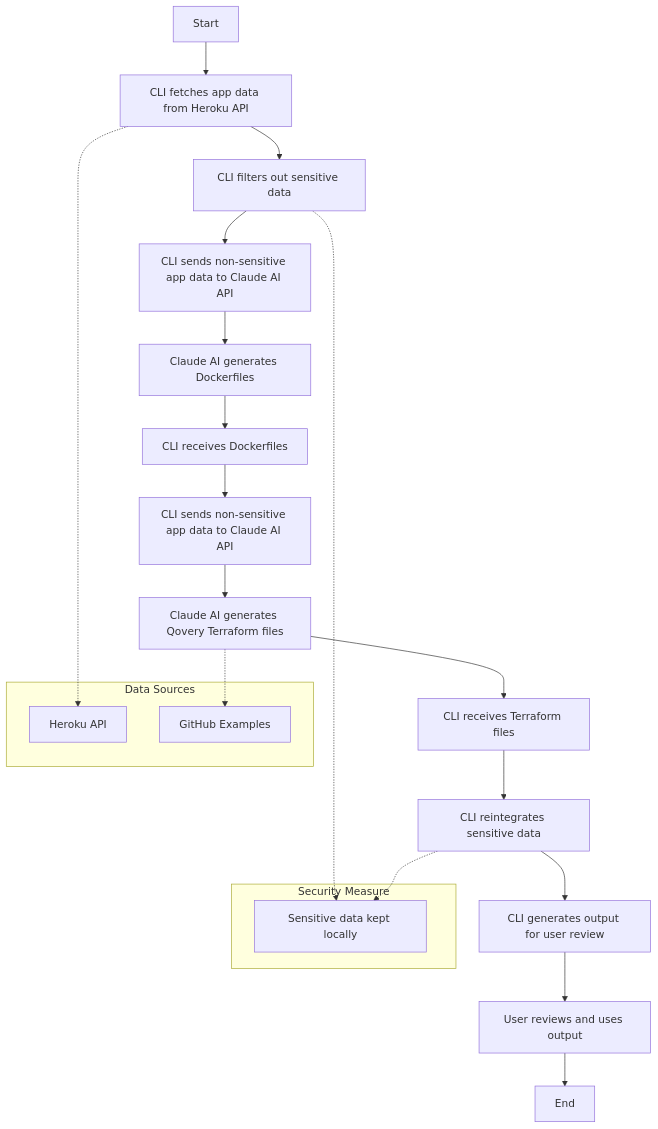
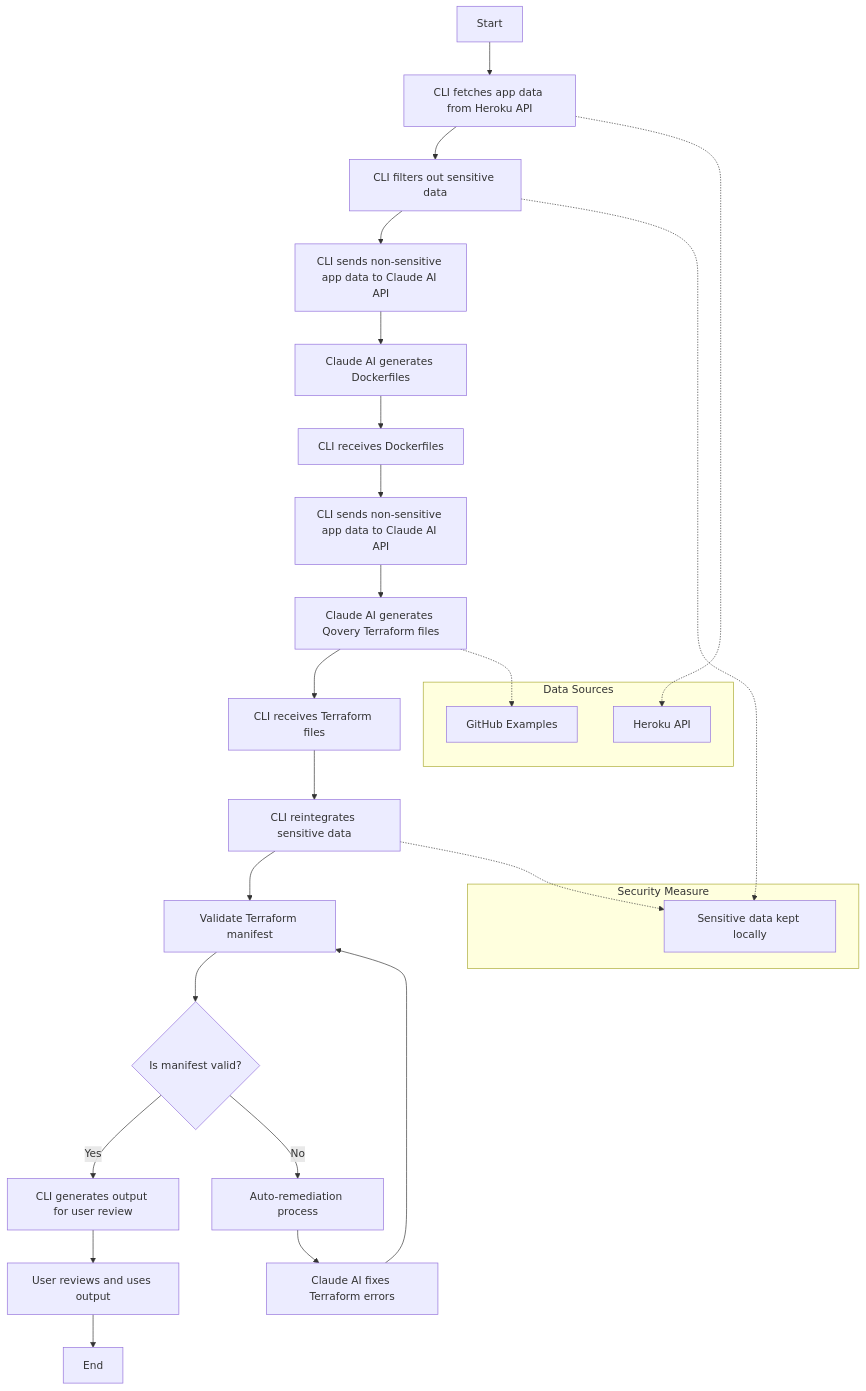
The diagram in README.md (Qovery/qovery-migration-ai-agent), drawn with Mermaid before and after one commit. The commit also changed 2 other files, not shown here.

Commit message:
update README and improve migration.go

````diff
--- a/README.md
+++ b/README.md
@@ -69,29 +69,34 @@
 ```mermaid
 graph TD
     A[Start] --> B[CLI fetches app data from Heroku API]
     B --> C[CLI filters out sensitive data]
     C --> D[CLI sends non-sensitive app data to Claude AI API]
     D --> E[Claude AI generates Dockerfiles]
     E --> F[CLI receives Dockerfiles]
     F --> G[CLI sends non-sensitive app data to Claude AI API]
     G --> H[Claude AI generates Qovery Terraform files]
     H --> I[CLI receives Terraform files]
     I --> J[CLI reintegrates sensitive data]
-    J --> K[CLI generates output for user review]
-    K --> L[User reviews and uses output]
-    L --> M[End]
+    J --> K[Validate Terraform manifest]
+    K --> L{Is manifest valid?}
+    L -->|Yes| M[CLI generates output for user review]
+    L -->|No| N[Auto-remediation process]
+    N --> O[Claude AI fixes Terraform errors]
+    O --> K
+    M --> P[User reviews and uses output]
+    P --> Q[End]
 
     subgraph "Data Sources"
-        N[Heroku API]
-        O[GitHub Examples]
+        R[Heroku API]
+        S[GitHub Examples]
     end
 
     subgraph "Security Measure"
-        P[Sensitive data kept locally]
+        T[Sensitive data kept locally]
     end
 
-    B -.-> N
-    H -.-> O
-    C -.-> P
-    J -.-> P
+    B -.-> R
+    H -.-> S
+    C -.-> T
+    J -.-> T
 ```
````
